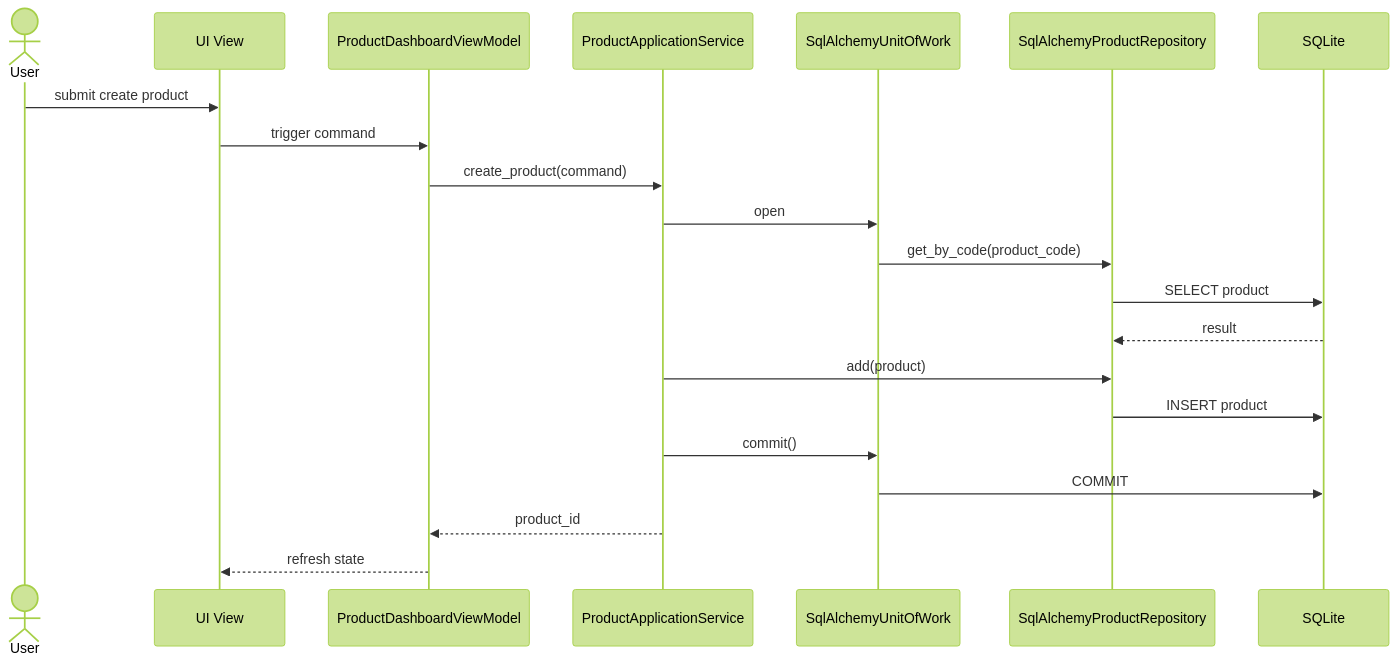
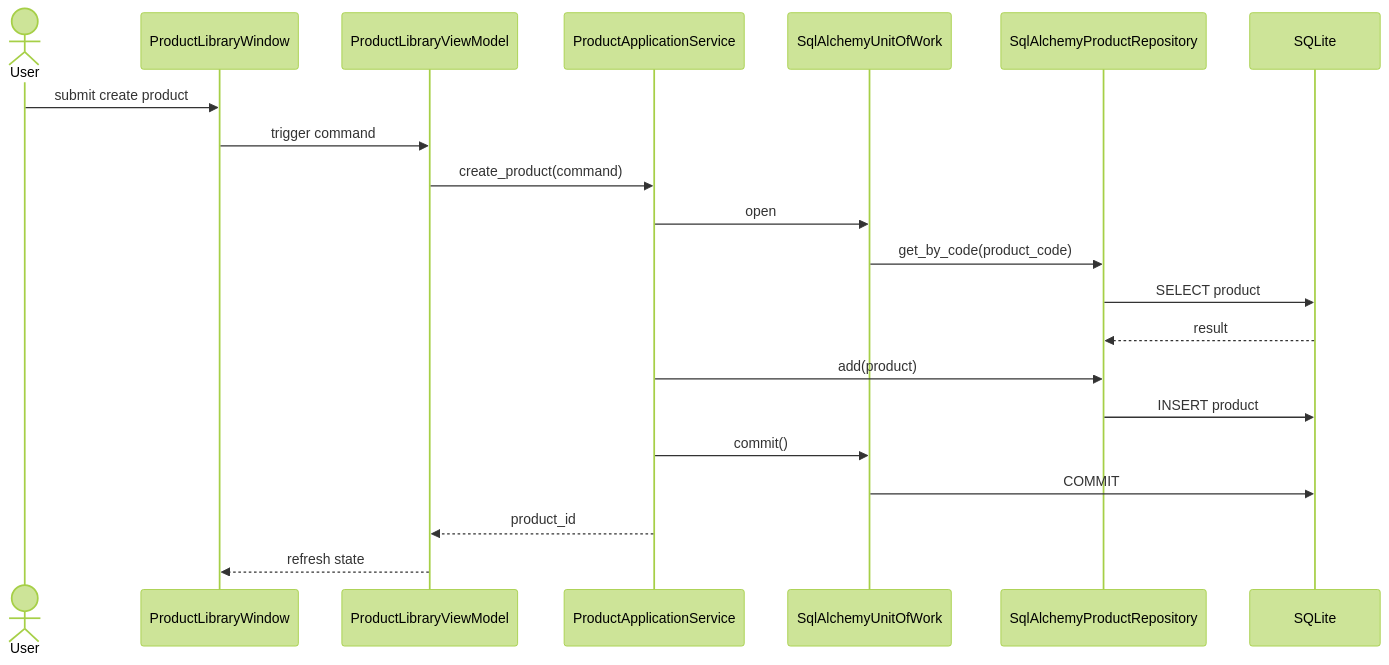
The fourth of 6 diagrams in doc/10_UML_System_Overview.md (idev006/MTClipFactory), drawn with Mermaid (forest theme) before and after one commit. The commit also changed other lines of this file and 45 other files, not shown here.

````diff
--- a/doc/10_UML_System_Overview.md
+++ b/doc/10_UML_System_Overview.md
@@ -59,24 +143,24 @@
 ```mermaid
 sequenceDiagram
     actor User
-    participant View as UI View
-    participant VM as ProductDashboardViewModel
+    participant View as ProductLibraryWindow
+    participant VM as ProductLibraryViewModel
     participant App as ProductApplicationService
     participant UoW as SqlAlchemyUnitOfWork
     participant Repo as SqlAlchemyProductRepository
     participant DB as SQLite
 
     User->>View: submit create product
     View->>VM: trigger command
     VM->>App: create_product(command)
     App->>UoW: open
     UoW->>Repo: get_by_code(product_code)
     Repo->>DB: SELECT product
     DB-->>Repo: result
     App->>Repo: add(product)
     Repo->>DB: INSERT product
     App->>UoW: commit()
     UoW->>DB: COMMIT
     App-->>VM: product_id
     VM-->>View: refresh state
 ```
````
